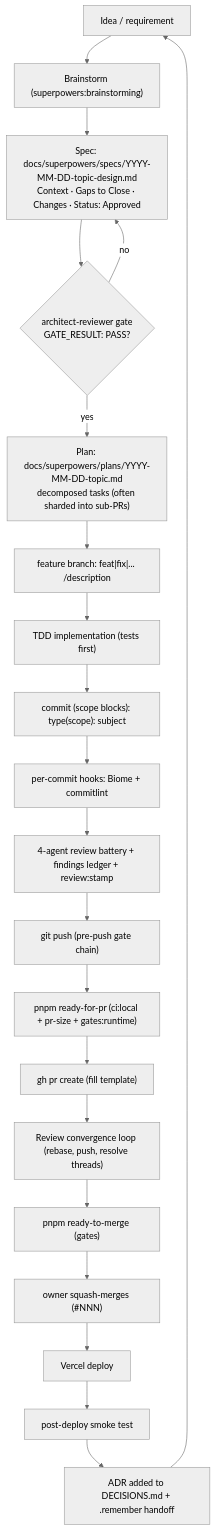
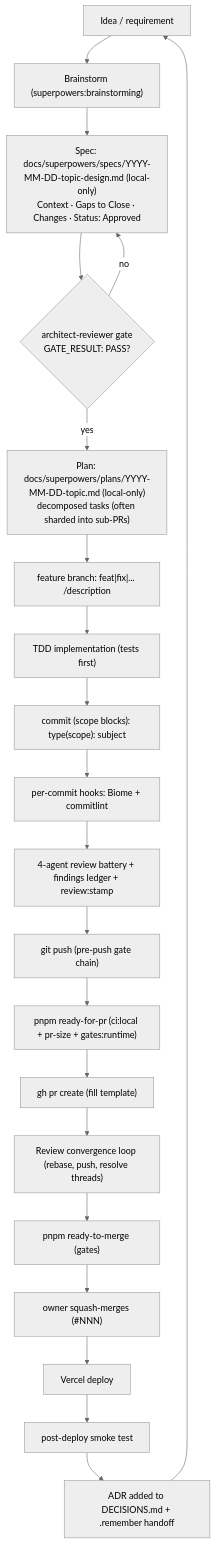
One commit to erikunha/portfolio changed the first of 2 diagrams in docs/handbook/development-lifecycle.md. Above: the diagram before and after it, drawn with Mermaid (neutral theme). The commit also changed other lines of this file and 146 other files, not shown here.

````diff
--- a/docs/handbook/development-lifecycle.md
+++ b/docs/handbook/development-lifecycle.md
@@ -7,23 +7,23 @@
 ```mermaid
 flowchart TD
     idea["Idea / requirement"] --> brainstorm["Brainstorm (superpowers:brainstorming)"]
-    brainstorm --> spec["Spec: docs/superpowers/specs/YYYY-MM-DD-topic-design.md<br/>Context · Gaps to Close · Changes · Status: Approved"]
+    brainstorm --> spec["Spec: docs/superpowers/specs/YYYY-MM-DD-topic-design.md (local-only)<br/>Context · Gaps to Close · Changes · Status: Approved"]
     spec --> agate{"architect-reviewer gate<br/>GATE_RESULT: PASS?"}
     agate -->|no| spec
-    agate -->|yes| plan["Plan: docs/superpowers/plans/YYYY-MM-DD-topic.md<br/>decomposed tasks (often sharded into sub-PRs)"]
+    agate -->|yes| plan["Plan: docs/superpowers/plans/YYYY-MM-DD-topic.md (local-only)<br/>decomposed tasks (often sharded into sub-PRs)"]
     plan --> branch["feature branch: feat|fix|... /description"]
     branch --> tdd["TDD implementation (tests first)"]
     tdd --> commit["commit (scope blocks): type(scope): subject"]
     commit --> hooks["per-commit hooks: Biome + commitlint"]
     hooks --> battery["4-agent review battery + findings ledger + review:stamp"]
     battery --> push["git push (pre-push gate chain)"]
     push --> readypr["pnpm ready-for-pr (ci:local + pr-size + gates:runtime)"]
     readypr --> pr["gh pr create (fill template)"]
     pr --> conv["Review convergence loop (rebase, push, resolve threads)"]
     conv --> readymerge["pnpm ready-to-merge (gates)"]
     readymerge --> merge["owner squash-merges (#NNN)"]
     merge --> deploy["Vercel deploy"]
     deploy --> smoke["post-deploy smoke test"]
     smoke --> adr["ADR added to DECISIONS.md + .remember handoff"]
     adr --> idea
 ```
````
